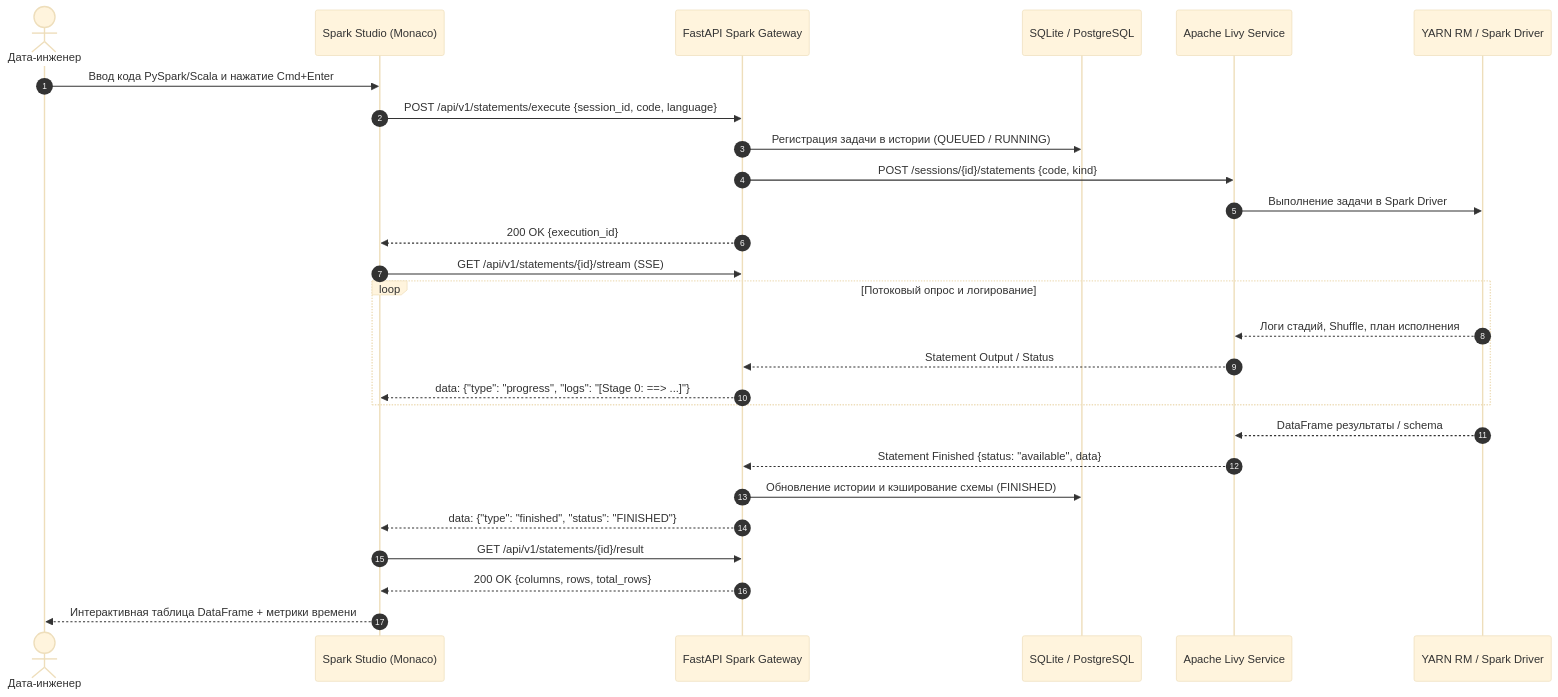
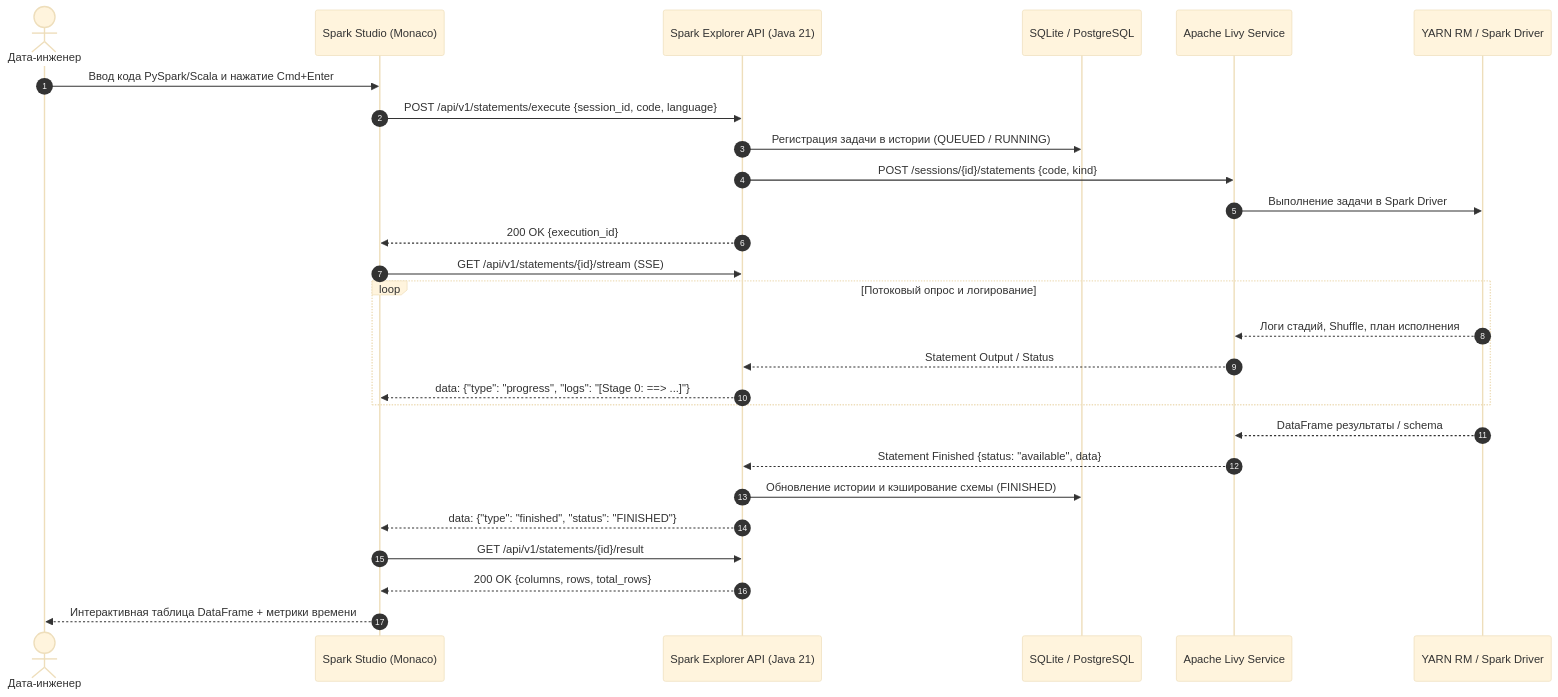
Before and after one commit to balookrd/hadoop-explorer: the second of 2 diagrams in docs/spark-user-guide.md, drawn with Mermaid (base theme). The commit also changed other lines of this file and 66 other files, not shown here.

````diff
--- a/docs/spark-user-guide.md
+++ b/docs/spark-user-guide.md
@@ -74,32 +74,32 @@
 ```mermaid
 sequenceDiagram
     autonumber
     actor Dev as Дата-инженер
     participant UI as Spark Studio (Monaco)
-    participant GW as FastAPI Spark Gateway
+    participant GW as Spark Explorer API (Java 21)
     participant DB as SQLite / PostgreSQL
     participant Livy as Apache Livy Service
     participant YARN as YARN RM / Spark Driver
 
     Dev->>UI: Ввод кода PySpark/Scala и нажатие Cmd+Enter
     UI->>GW: POST /api/v1/statements/execute {session_id, code, language}
     GW->>DB: Регистрация задачи в истории (QUEUED / RUNNING)
     GW->>Livy: POST /sessions/{id}/statements {code, kind}
     Livy->>YARN: Выполнение задачи в Spark Driver
     GW-->>UI: 200 OK {execution_id}
     
     UI->>GW: GET /api/v1/statements/{id}/stream (SSE)
     loop Потоковый опрос и логирование
         YARN-->>Livy: Логи стадий, Shuffle, план исполнения
         Livy-->>GW: Statement Output / Status
         GW-->>UI: data: {"type": "progress", "logs": "[Stage 0: ==> ...]"}
     end
     
     YARN-->>Livy: DataFrame результаты / schema
     Livy-->>GW: Statement Finished {status: "available", data}
     GW->>DB: Обновление истории и кэширование схемы (FINISHED)
     GW-->>UI: data: {"type": "finished", "status": "FINISHED"}
     UI->>GW: GET /api/v1/statements/{id}/result
     GW-->>UI: 200 OK {columns, rows, total_rows}
     UI-->>Dev: Интерактивная таблица DataFrame + метрики времени
 ```
````
